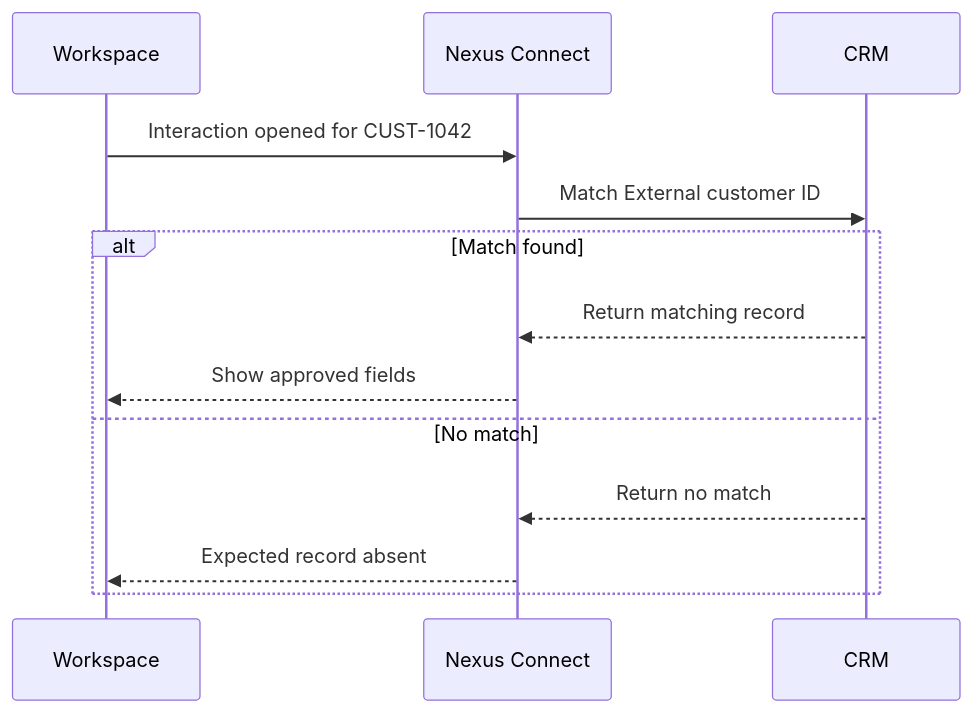
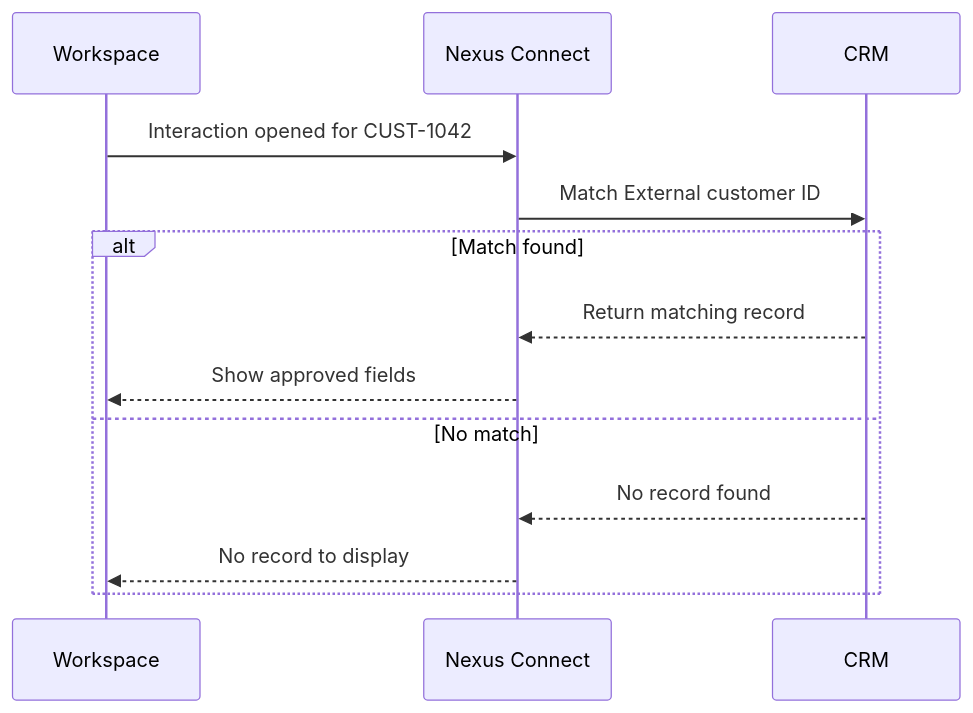
One commit to baysalkerem/technical-writing-portfolio changed the diagram in docs/integrations/crm-connection.md. Above: the diagram before and after it, drawn with Mermaid. The commit also changed other lines of this file and 15 other files, not shown here.

````diff
--- a/docs/integrations/crm-connection.md
+++ b/docs/integrations/crm-connection.md
@@ -37,17 +40,17 @@
 ```mermaid
 sequenceDiagram
     accTitle: CRM record lookup for a test interaction
-    accDescr: The agent opens an interaction with Customer ID CUST-1042 in Nexus Connect Workspace. Nexus Connect looks up a CRM record with the same External customer ID. On a match, the Customer panel displays approved fields. If the expected record is missing, verify the mapping and test data.
+    accDescr: When an agent opens an interaction, Nexus Connect searches the CRM for an external customer ID that matches the interaction’s customer ID. The Customer panel displays approved fields on a match. If the record is missing, check the mapping and test data.
     participant Workspace
     participant Nexus as Nexus Connect
     participant CRM
     Workspace->>Nexus: Interaction opened for CUST-1042
     Nexus->>CRM: Match External customer ID
     alt Match found
         CRM-->>Nexus: Return matching record
         Nexus-->>Workspace: Show approved fields
     else No match
-        CRM-->>Nexus: Return no match
-        Nexus-->>Workspace: Expected record absent
+        CRM-->>Nexus: No record found
+        Nexus-->>Workspace: No record to display
     end
 ```
````
